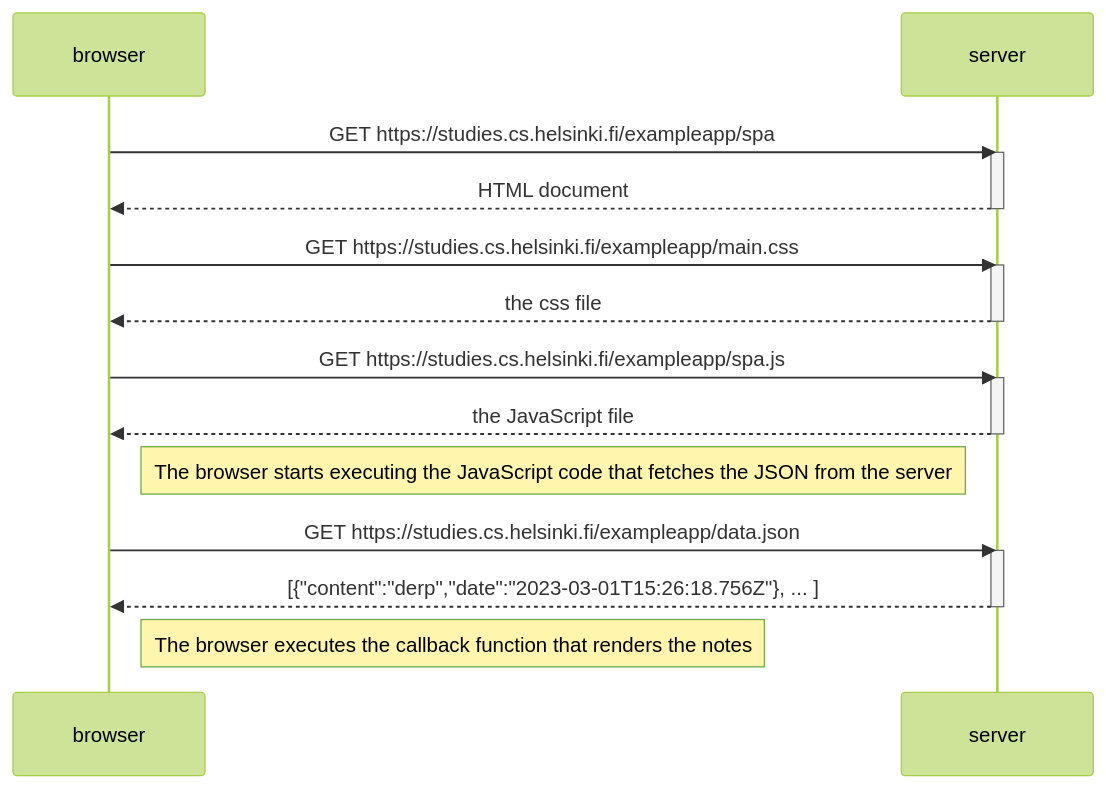
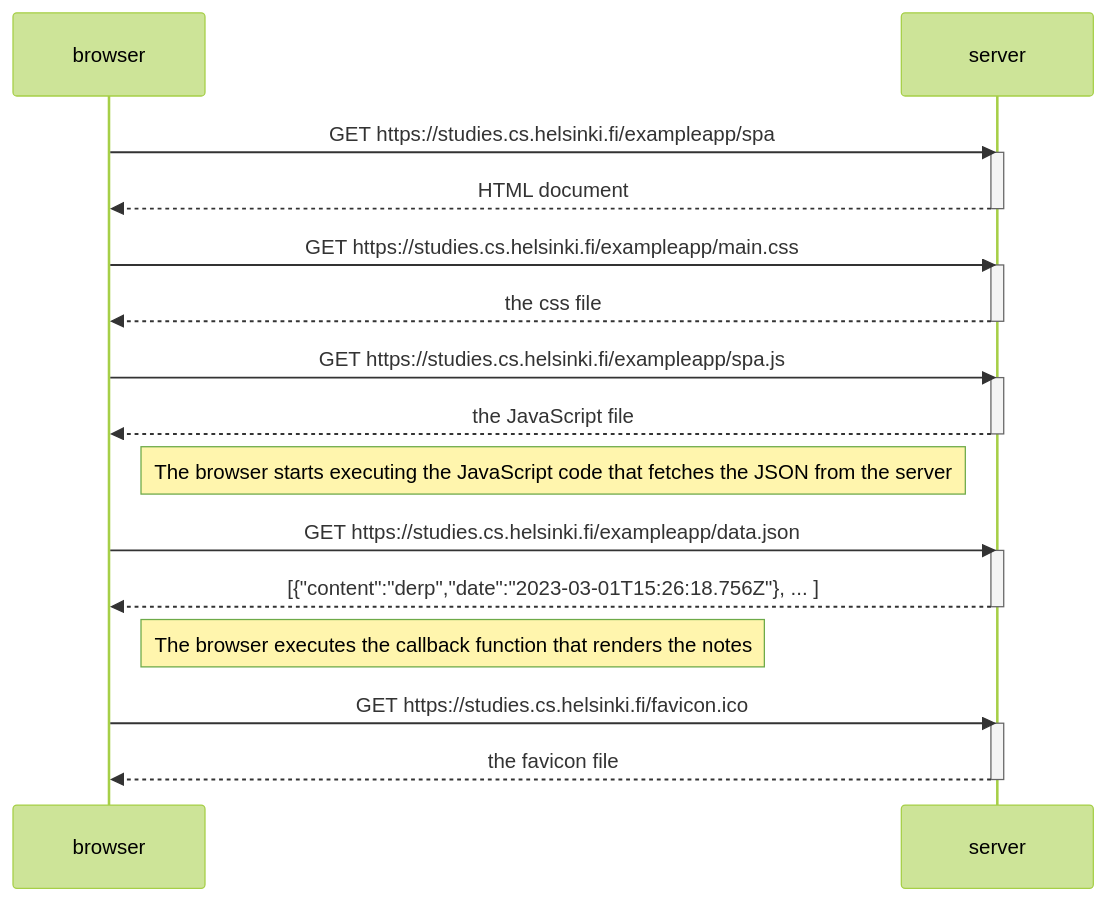
Before and after one commit to danilocangucu/full-stack-open: the diagram in 0b/0.5/spadiagram.md, drawn with Mermaid (forest theme).

Commit message:
added get favicon and server response

````diff
--- a/0b/0.5/spadiagram.md
+++ b/0b/0.5/spadiagram.md
@@ -1,29 +1,34 @@
 ```mermaid
 sequenceDiagram
     participant browser
     participant server
     
     browser->>server: GET https://studies.cs.helsinki.fi/exampleapp/spa
     activate server
     server-->>browser: HTML document
     deactivate server
     
     browser->>server: GET https://studies.cs.helsinki.fi/exampleapp/main.css
     activate server
     server-->>browser: the css file
     deactivate server
     
     browser->>server: GET https://studies.cs.helsinki.fi/exampleapp/spa.js
     activate server
     server-->>browser: the JavaScript file
     deactivate server
     
     Note right of browser: The browser starts executing the JavaScript code that fetches the JSON from the server
     
     browser->>server: GET https://studies.cs.helsinki.fi/exampleapp/data.json
     activate server
     server-->>browser: [{"content":"derp","date":"2023-03-01T15:26:18.756Z"}, ... ]
     deactivate server
 
     Note right of browser: The browser executes the callback function that renders the notes
+
+    browser->>server: GET https://studies.cs.helsinki.fi/favicon.ico
+    activate server
+    server-->>browser: the favicon file
+    deactivate server
 ```
````
